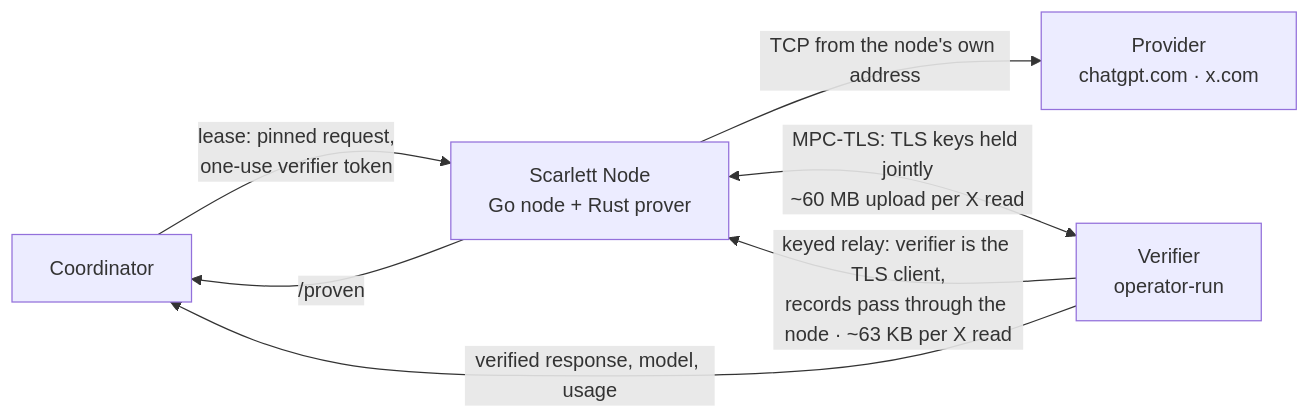
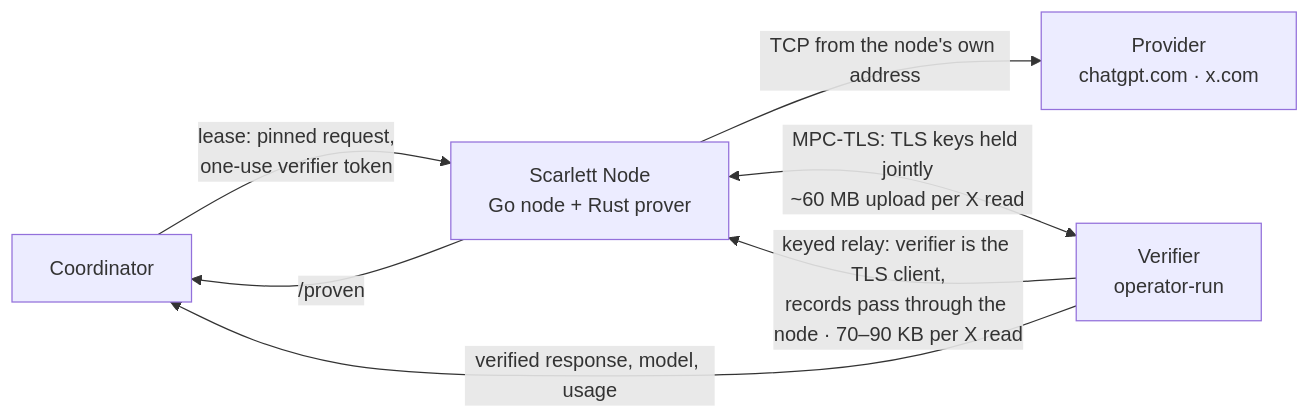
One commit to teslashibe/scarlett-node changed the diagram in README.md. Above: the diagram before and after it, drawn with Mermaid. The commit also changed other lines of this file and 2 other files, not shown here.

Commit message:
docs: brand mark for both GitHub themes; relay upload figures from the live measurement

````diff
--- a/README.md
+++ b/README.md
@@ -40,14 +43,14 @@
 ```mermaid
 flowchart LR
     C["Coordinator"]
     N["Scarlett Node<br/>Go node + Rust prover"]
     V["Verifier<br/>operator-run"]
     P["Provider<br/>chatgpt.com · x.com"]
 
     C -- "lease: pinned request,<br/>one-use verifier token" --> N
     N -- "/proven" --> C
     N -- "TCP from the node's own address" --> P
     N <-- "MPC-TLS: TLS keys held jointly<br/>~60 MB upload per X read" --> V
-    V -- "keyed relay: verifier is the TLS client,<br/>records pass through the node · ~63 KB per X read" --> N
+    V -- "keyed relay: verifier is the TLS client,<br/>records pass through the node · 70–90 KB per X read" --> N
     V -- "verified response, model, usage" --> C
 ```
````
